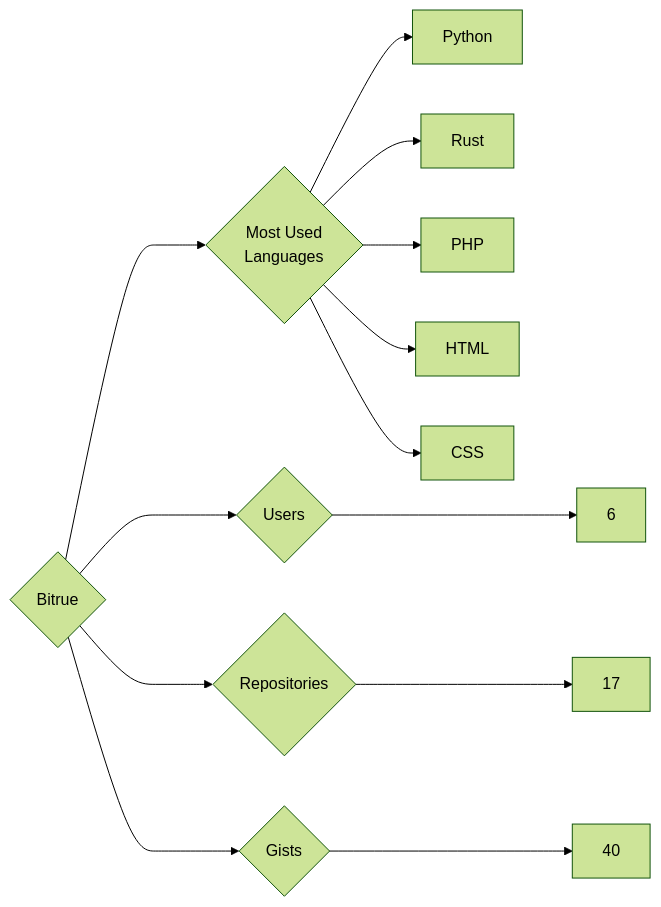
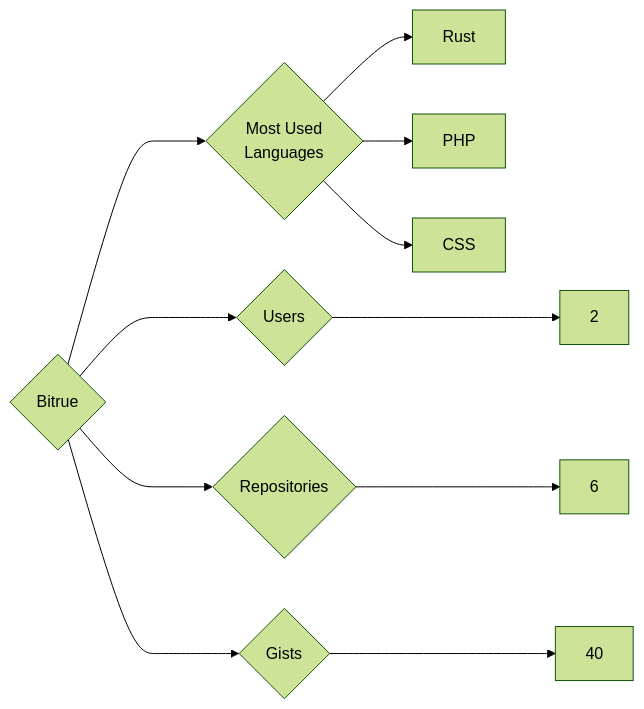
One commit to trickest/insiders changed the diagram in targets/Bitrue/README.md. Above: the diagram before and after it, drawn with Mermaid (forest theme). The commit also changed 865 other files, not shown here.

````diff
--- a/targets/Bitrue/README.md
+++ b/targets/Bitrue/README.md
@@ -3,13 +3,11 @@
 ```mermaid
 graph LR
 COMPANY_NAME{Bitrue}
-COMPANY_NAME ---> U{Users} ---> UN[6]
-COMPANY_NAME ---> R{Repositories} ---> RN[17]
+COMPANY_NAME ---> U{Users} ---> UN[2]
+COMPANY_NAME ---> R{Repositories} ---> RN[6]
 COMPANY_NAME ---> G{Gists} ---> GN[40]
 COMPANY_NAME ---> ML{Most Used<br>Languages}
-ML --> Python[Python]
 ML --> Rust[Rust]
 ML --> PHP[PHP]
-ML --> HTML[HTML]
 ML --> CSS[CSS]
 ```
````
